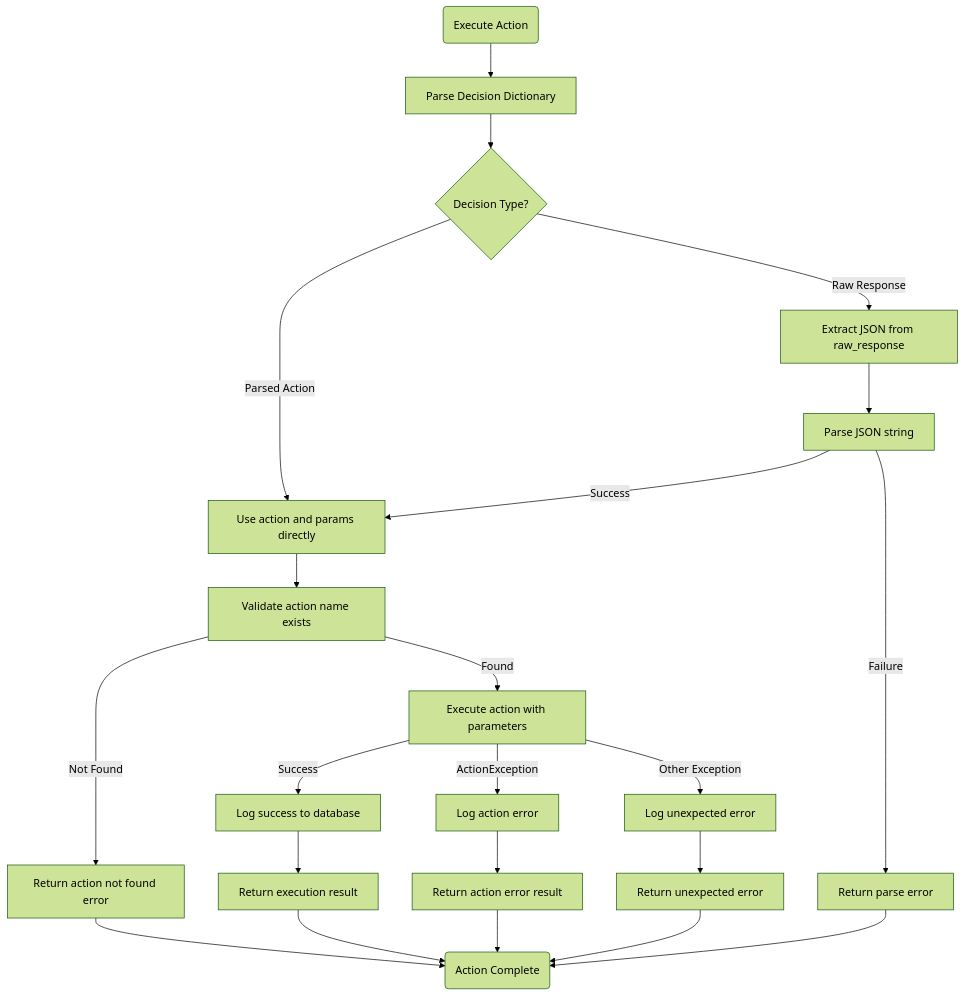
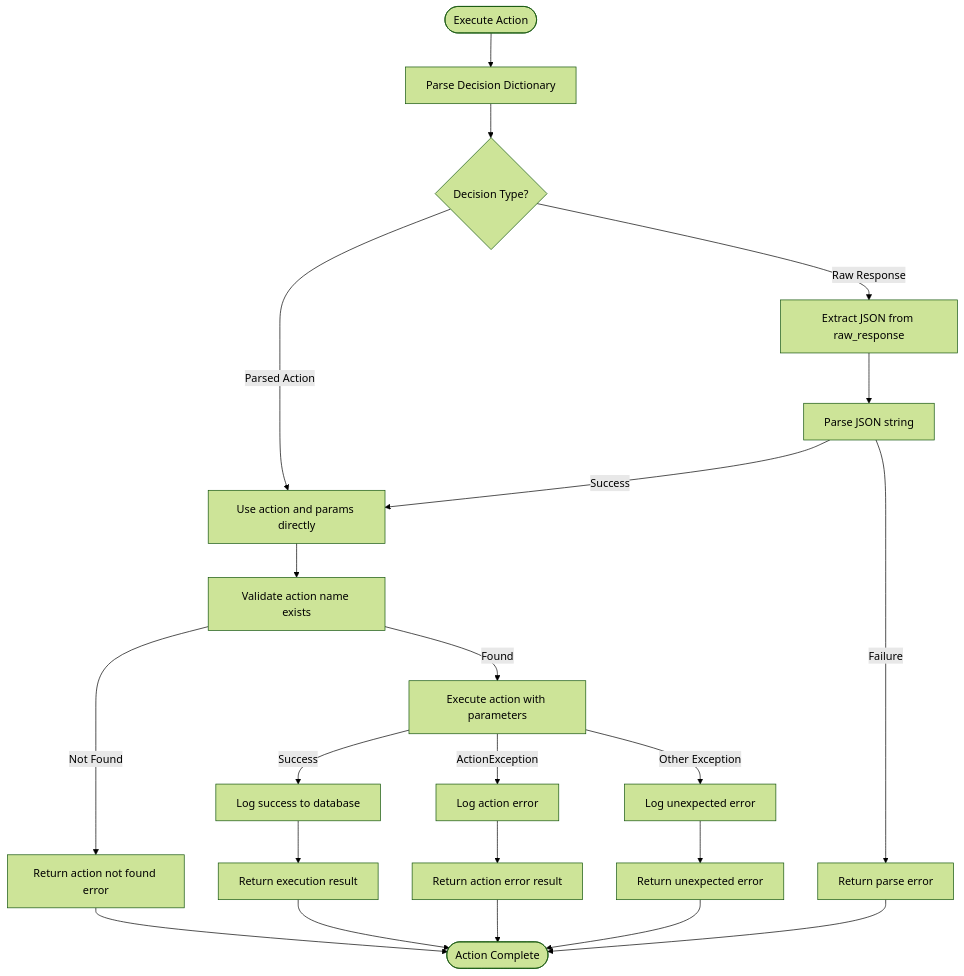
Before and after one commit to Likhithsai2580/RAVANA-WIKI: the fourth of 7 diagrams in docs/API Reference/Action System API.md, drawn with Mermaid (forest theme). The commit also changed other lines of this file and 78 other files, not shown here.

````diff
--- a/docs/API Reference/Action System API.md
+++ b/docs/API Reference/Action System API.md
@@ -270,25 +267,24 @@
 ```mermaid
 flowchart TD
-Start("Execute Action") --> ParseDecision["Parse Decision Dictionary"]
+Start([Execute Action]) --> ParseDecision["Parse Decision Dictionary"]
 ParseDecision --> DecisionType{"Decision Type?"}
 DecisionType --> |Parsed Action| UseActionData["Use action and params directly"]
 DecisionType --> |Raw Response| ExtractJSON["Extract JSON from raw_response"]
 ExtractJSON --> ParseJSON["Parse JSON string"]
 ParseJSON --> |Success| UseActionData
 ParseJSON --> |Failure| ReturnParseError["Return parse error"]
 UseActionData --> ValidateAction["Validate action name exists"]
 ValidateAction --> |Not Found| ReturnActionError["Return action not found error"]
 ValidateAction --> |Found| ExecuteAction["Execute action with parameters"]
 ExecuteAction --> |Success| LogSuccess["Log success to database"]
 ExecuteAction --> |ActionException| LogActionError["Log action error"]
 ExecuteAction --> |Other Exception| LogUnexpectedError["Log unexpected error"]
 LogSuccess --> ReturnResult["Return execution result"]
 LogActionError --> ReturnActionErrorResult["Return action error result"]
 LogUnexpectedError --> ReturnUnexpectedError["Return unexpected error"]
-ReturnResult --> End("Action Complete")
+ReturnResult --> End([Action Complete])
 ReturnActionErrorResult --> End
 ReturnUnexpectedError --> End
 ReturnParseError --> End
 ReturnActionError --> End
-
 ```
````
